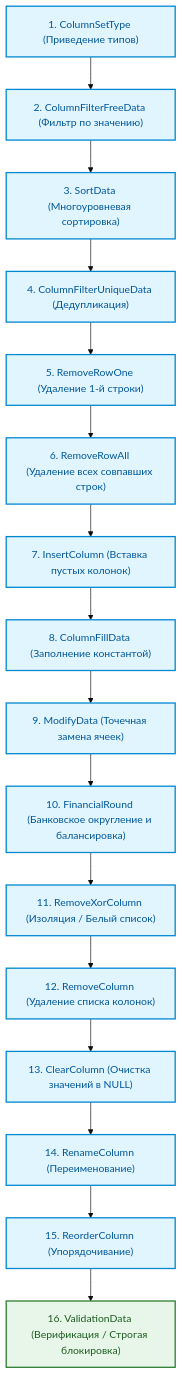
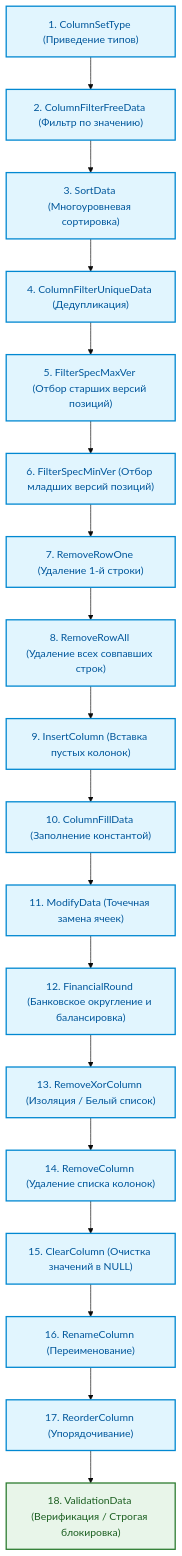
One commit to Konkery/Project-1_2026-N2-MAS changed the third of 4 diagrams in 03__Проект/05__pq-script/01__general/03__ETL-processing/README-etl-processor.md. Above: the diagram before and after it, drawn with Mermaid (base theme). The commit also changed other lines of this file and 5 other files, not shown here.

````diff
--- a/03__Проект/05__pq-script/01__general/03__ETL-processing/README-etl-processor.md
+++ b/03__Проект/05__pq-script/01__general/03__ETL-processing/README-etl-processor.md
@@ -191,21 +191,23 @@
 ```mermaid
 flowchart TD
     classDef step fill:#E1F5FE,stroke:#0288D1,stroke-width:2px,color:#01579B;
     classDef final fill:#E8F5E9,stroke:#2E7D32,stroke-width:2px,color:#1B5E20;
 
     S1["1. ColumnSetType (Приведение типов)"]:::step --> S2["2. ColumnFilterFreeData (Фильтр по значению)"]:::step
     S2 --> S3["3. SortData (Многоуровневая сортировка)"]:::step
     S3 --> S4["4. ColumnFilterUniqueData (Дедупликация)"]:::step
-    S4 --> S5["5. RemoveRowOne (Удаление 1-й строки)"]:::step
-    S5 --> S6["6. RemoveRowAll (Удаление всех совпавших строк)"]:::step
-    S6 --> S7["7. InsertColumn (Вставка пустых колонок)"]:::step
-    S7 --> S8["8. ColumnFillData (Заполнение константой)"]:::step
-    S8 --> S9["9. ModifyData (Точечная замена ячеек)"]:::step
-    S9 --> S10["10. FinancialRound (Банковское округление и балансировка)"]:::step
-    S10 --> S11["11. RemoveXorColumn (Изоляция / Белый список)"]:::step
-    S11 --> S12["12. RemoveColumn (Удаление списка колонок)"]:::step
-    S12 --> S13["13. ClearColumn (Очистка значений в NULL)"]:::step
-    S13 --> S14["14. RenameColumn (Переименование)"]:::step
-    S14 --> S15["15. ReorderColumn (Упорядочивание)"]:::step
-    S15 --> S16["16. ValidationData (Верификация / Строгая блокировка)"]:::final
+    S4 --> S5["5. FilterSpecMaxVer (Отбор старших версий позиций)"]:::step
+    S5 --> S6["6. FilterSpecMinVer (Отбор младших версий позиций)"]:::step
+    S6 --> S7["7. RemoveRowOne (Удаление 1-й строки)"]:::step
+    S7 --> S8["8. RemoveRowAll (Удаление всех совпавших строк)"]:::step
+    S8 --> S9["9. InsertColumn (Вставка пустых колонок)"]:::step
+    S9 --> S10["10. ColumnFillData (Заполнение константой)"]:::step
+    S10 --> S11["11. ModifyData (Точечная замена ячеек)"]:::step
+    S11 --> S12["12. FinancialRound (Банковское округление и балансировка)"]:::step
+    S12 --> S13["13. RemoveXorColumn (Изоляция / Белый список)"]:::step
+    S13 --> S14["14. RemoveColumn (Удаление списка колонок)"]:::step
+    S14 --> S15["15. ClearColumn (Очистка значений в NULL)"]:::step
+    S15 --> S16["16. RenameColumn (Переименование)"]:::step
+    S16 --> S17["17. ReorderColumn (Упорядочивание)"]:::step
+    S17 --> S18["18. ValidationData (Верификация / Строгая блокировка)"]:::final
 ```
````
